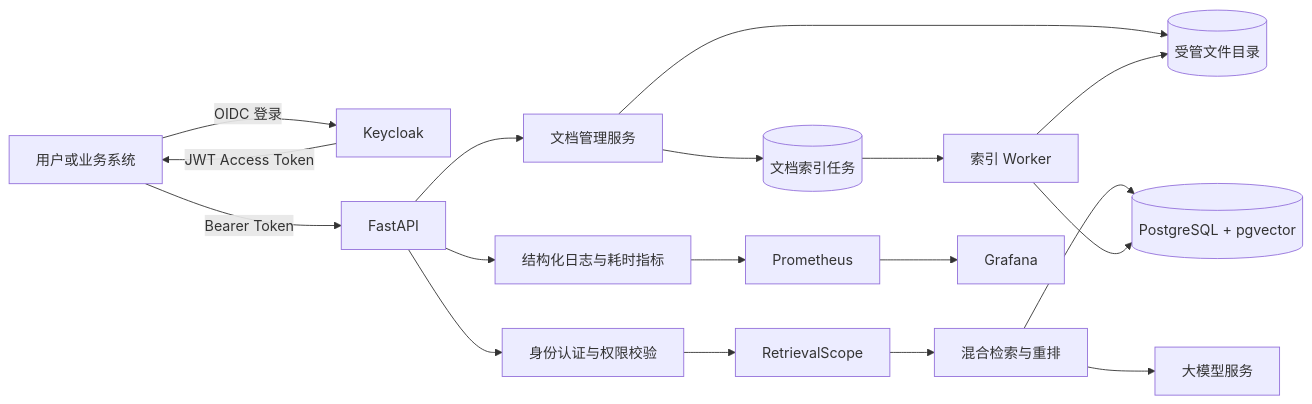
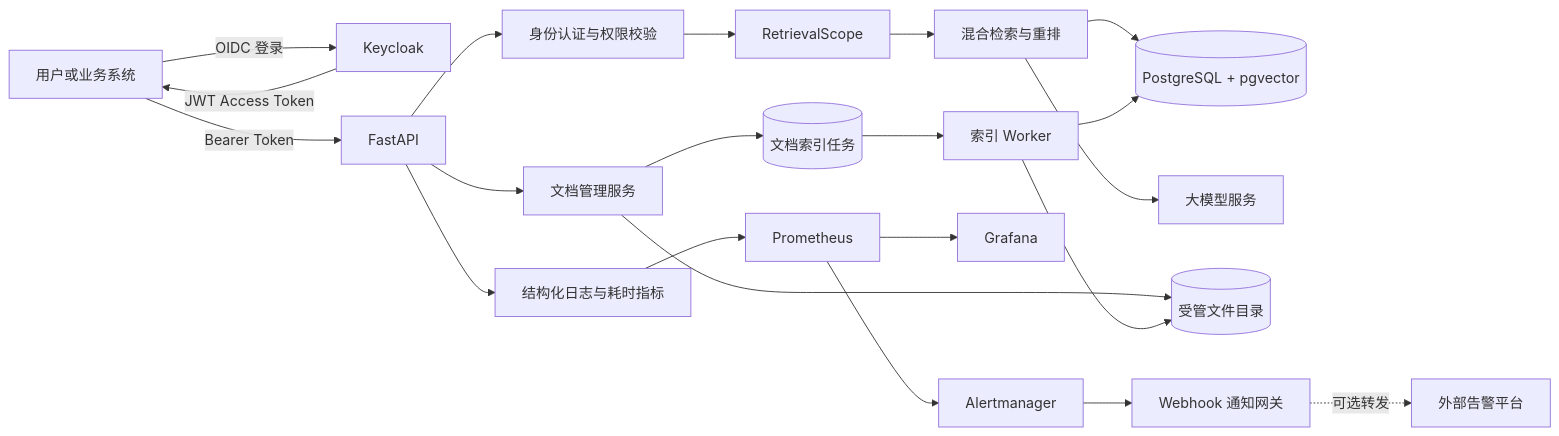
One commit to Heresy0/Multi-tenant-long-context-rag-engine changed the diagram in README.md. Above: the diagram before and after it, drawn with Mermaid. The commit also changed other lines of this file and 9 other files, not shown here.

````diff
--- a/README.md
+++ b/README.md
@@ -29,20 +29,23 @@
 ```mermaid
 flowchart LR
     U[用户或业务系统] -->|OIDC 登录| K[Keycloak]
     K -->|JWT Access Token| U
     U -->|Bearer Token| A[FastAPI]
     A --> I[身份认证与权限校验]
     I --> S[RetrievalScope]
     S --> R[混合检索与重排]
     R --> P[(PostgreSQL + pgvector)]
     R --> L[大模型服务]
     A --> D[文档管理服务]
     D --> F[(受管文件目录)]
     D --> J[(文档索引任务)]
     J --> W[索引 Worker]
     W --> F
     W --> P
     A --> O[结构化日志与耗时指标]
     O --> M[Prometheus]
     M --> G[Grafana]
+    M --> AM[Alertmanager]
+    AM --> AW[Webhook 通知网关]
+    AW -. 可选转发 .-> E[外部告警平台]
 ```
````
